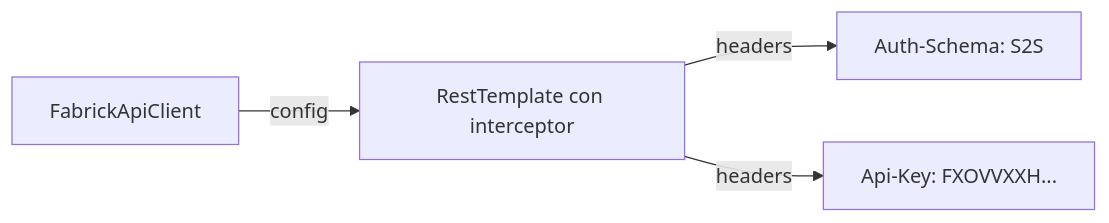
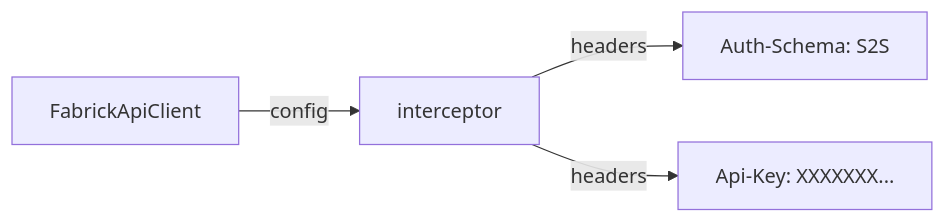
Before and after one commit to SoyHub/OrbyaQuiz: the third of 6 diagrams in README.md, drawn with Mermaid. The commit also changed other lines of this file, not shown here.

````diff
--- a/README.md
+++ b/README.md
@@ -258,6 +264,6 @@
 ```mermaid
 graph LR
-    A[FabrickApiClient] -->|config| B[RestTemplate con interceptor]
+    A[FabrickApiClient] -->|config| B[interceptor]
     B -->|headers| C[Auth-Schema: S2S]
-    B -->|headers| D[Api-Key: FXOVVXXH...]
+    B -->|headers| D[Api-Key: XXXXXXX...]
 ```
````
